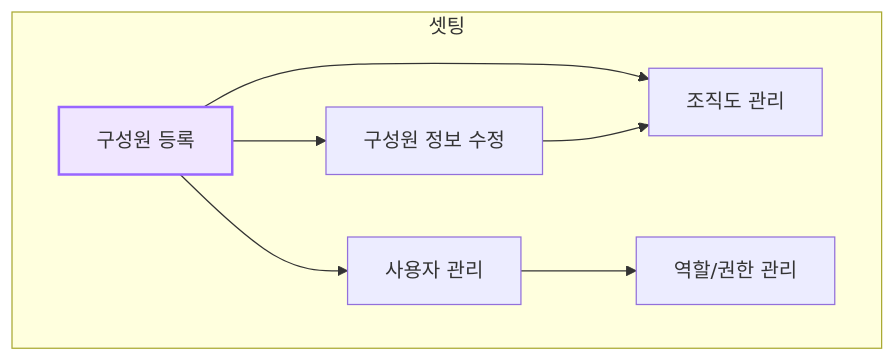
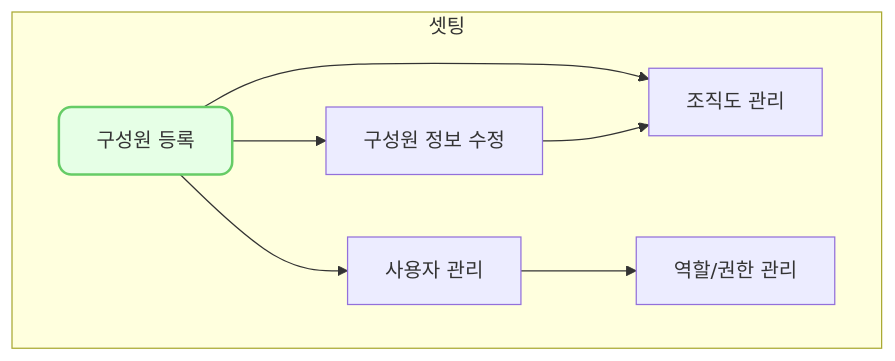
Before and after one commit to cotes2020/jekyll-theme-chirpy: the diagram in _posts/2024-07-02-hr0001.md, drawn with Mermaid. The commit also changed 3 other files, not shown here.

Commit message:
구조도 양식 변경

````diff
--- a/_posts/2024-07-02-hr0001.md
+++ b/_posts/2024-07-02-hr0001.md
@@ -50,21 +50,21 @@
 ```mermaid
 flowchart TD
     subgraph 셋팅["셋팅"]
         hr0001["구성원 등록"]
         hr0002["구성원 정보 수정"]
         hr0007["조직도 관리"]
         se0005["사용자 관리"]
         se0003["역할/권한 관리"]
         hr0001 --> hr0002
         hr0001 --> hr0007
         hr0002 --> hr0007
         hr0001 --> se0005
         se0005 --> se0003
 
     click hr0001 "{% post_url 2024-07-02-hr0001 %}" "구성원 등록 페이지로 이동"
     click hr0002 "{% post_url 2024-07-02-hr0002 %}" "구성원 정보수정 페이지로 이동"
     click hr0007 "{% post_url 2024-07-02-hr0007 %}" "조직도 관리 페이지로 이동"
 
     end
-style hr0001 fill:#f0e6ff,stroke:#9966ff,stroke-width:2px
+style hr0001 fill:#e6ffe6,stroke:#66cc66,stroke-width:2px,rx:10,ry:10
 ```
````
